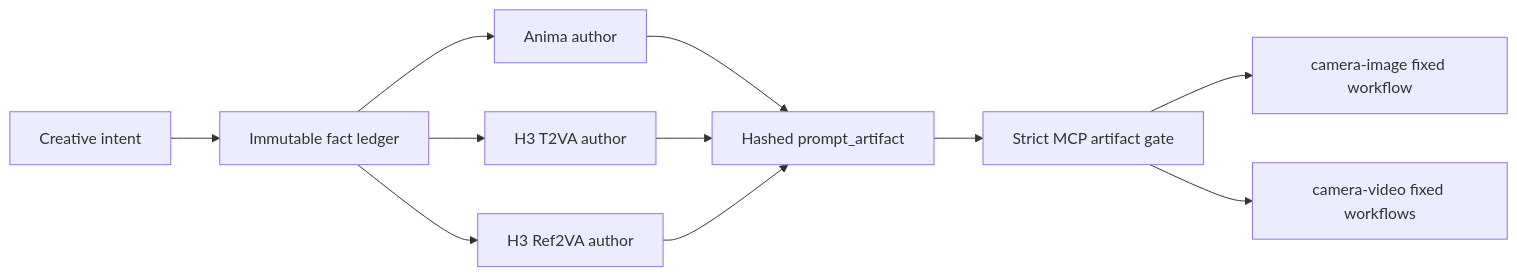
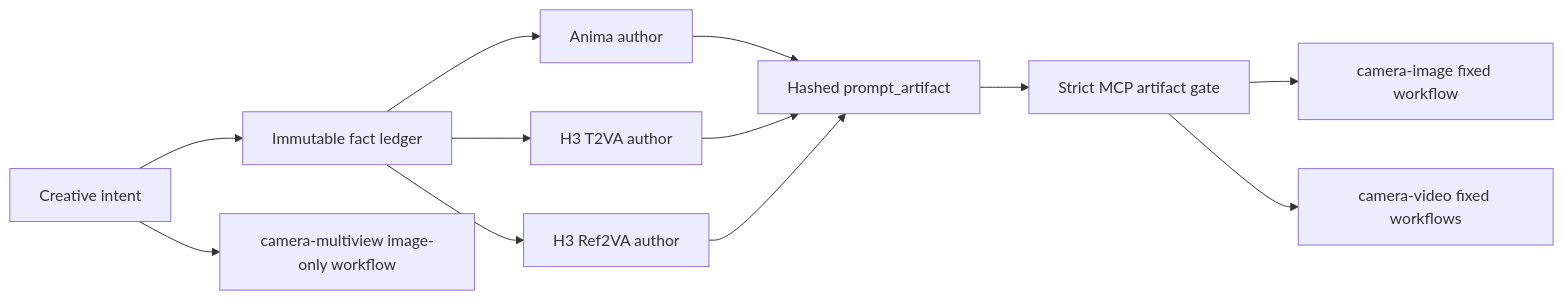
Before and after one commit to cxin21/comfyui-chenxin: the diagram in docs/architecture.md, drawn with Mermaid. The commit also changed other lines of this file and 25 other files, not shown here.

````diff
--- a/docs/architecture.md
+++ b/docs/architecture.md
@@ -5,13 +6,14 @@
 ```mermaid
 flowchart LR
   U["Creative intent"] --> F["Immutable fact ledger"]
   F --> A["Anima author"]
   F --> T["H3 T2VA author"]
   F --> R["H3 Ref2VA author"]
   A --> P["Hashed prompt_artifact"]
   T --> P
   R --> P
   P --> G["Strict MCP artifact gate"]
   G --> I["camera-image fixed workflow"]
   G --> V["camera-video fixed workflows"]
+  U --> M["camera-multiview image-only workflow"]
 ```
````
